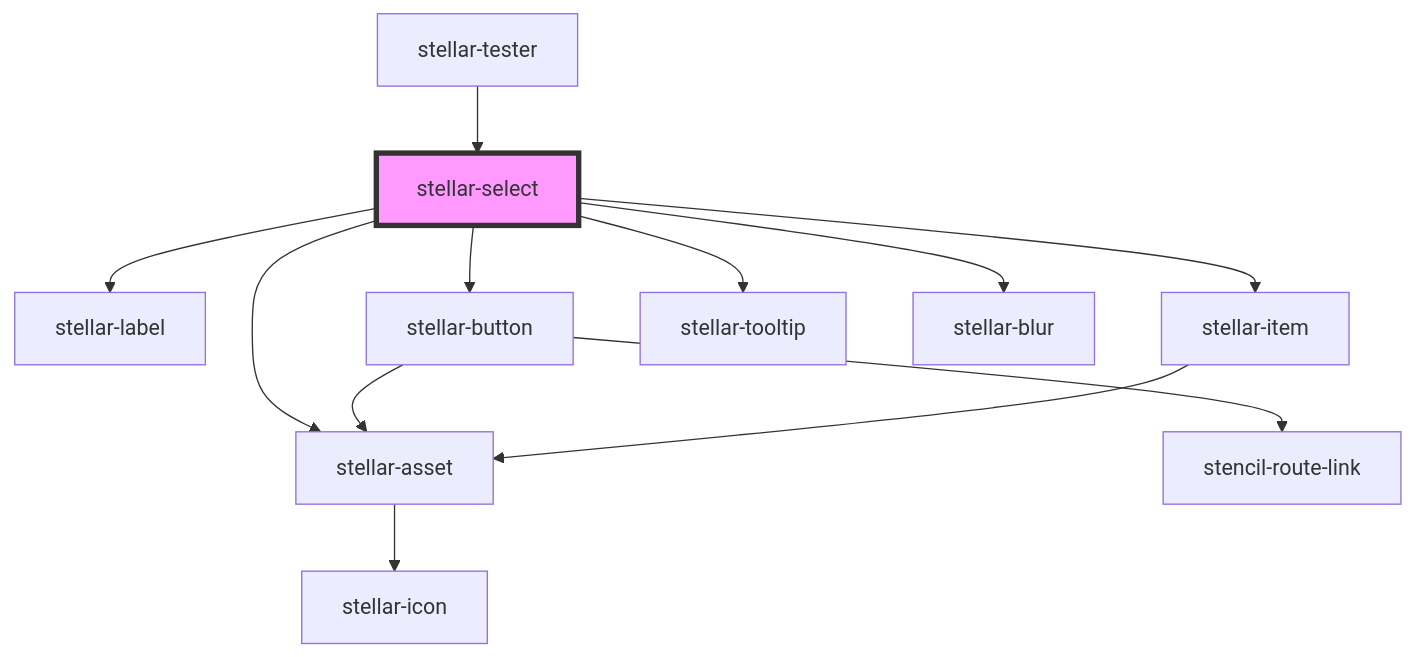
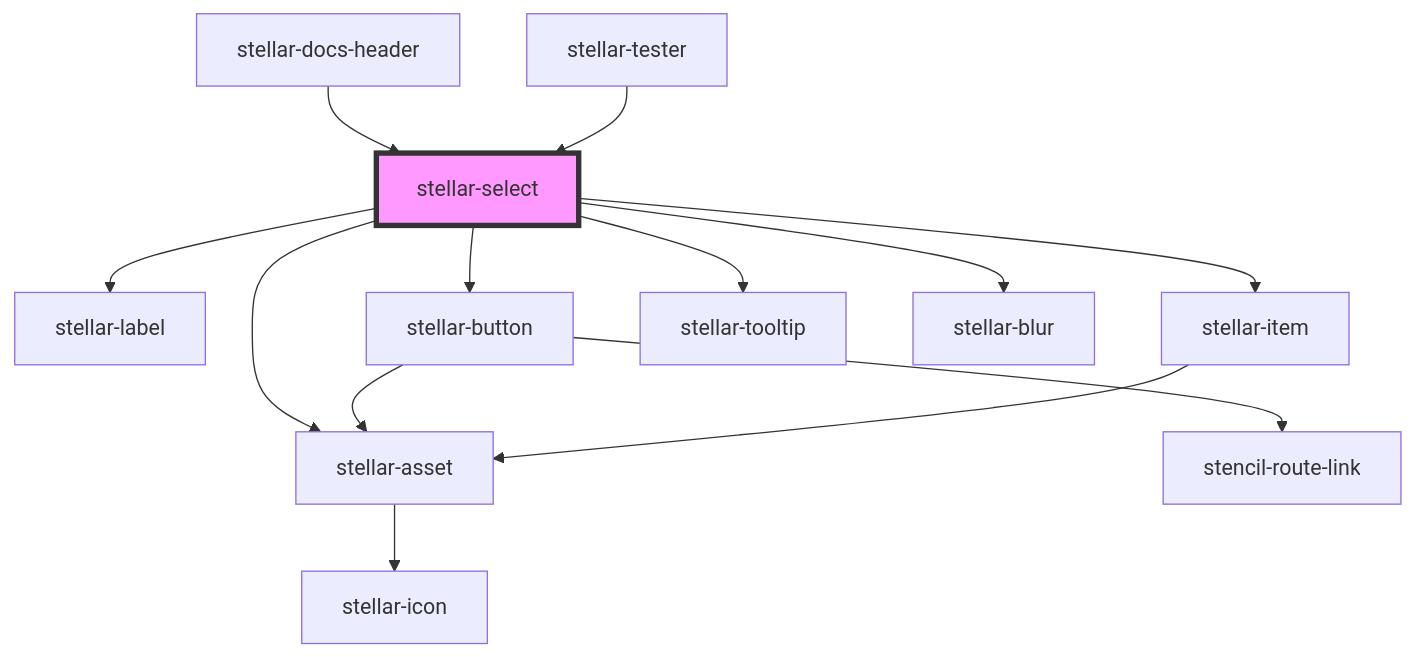
Before and after one commit to splitinfinities/Stellar: the diagram in src/components/forms/select/readme.md, drawn with Mermaid. The commit also changed other lines of this file and 50 other files, not shown here.

````diff
--- a/src/components/forms/select/readme.md
+++ b/src/components/forms/select/readme.md
@@ -278,15 +279,16 @@
 ```mermaid
 graph TD;
   stellar-select --> stellar-label
   stellar-select --> stellar-button
   stellar-select --> stellar-asset
   stellar-select --> stellar-item
   stellar-select --> stellar-tooltip
   stellar-select --> stellar-blur
   stellar-button --> stellar-asset
   stellar-button --> stencil-route-link
   stellar-asset --> stellar-icon
   stellar-item --> stellar-asset
+  stellar-docs-header --> stellar-select
   stellar-tester --> stellar-select
   style stellar-select fill:#f9f,stroke:#333,stroke-width:4px
 ```
````
